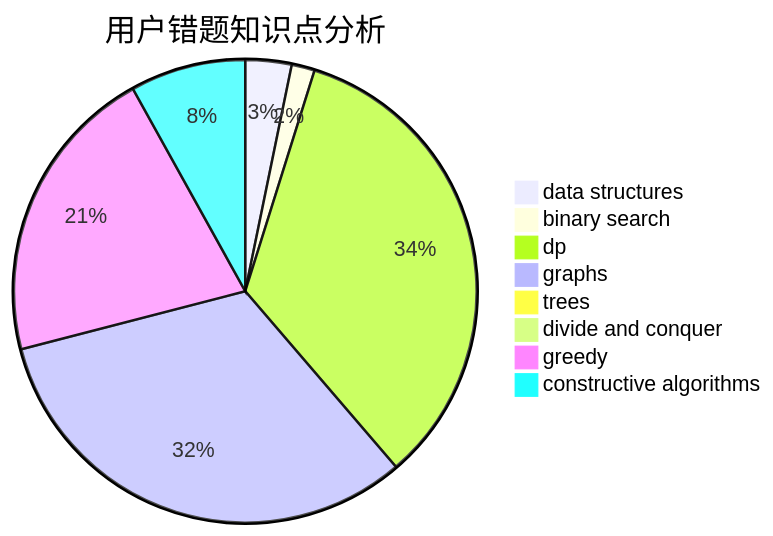
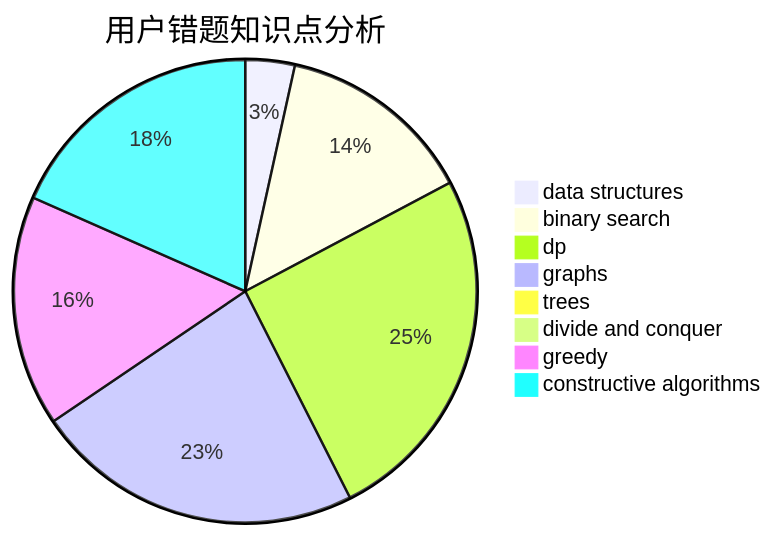
The third of 3 diagrams in docs/user/u2758.md (sherpahu/cfrs.github.io), drawn with Mermaid before and after one commit. The commit also changed other lines of this file and 2770 other files, not shown here.

````diff
--- a/docs/user/u2758.md
+++ b/docs/user/u2758.md
@@ -36,11 +36,11 @@
 ```mermaid
 pie title 用户错题知识点分析
-    "data structures" :  2
-    "binary search" :  1
-    "dp" :  21
+    "data structures" :  3
+    "binary search" :  12
+    "dp" :  22
     "graphs" :  20
     "trees" :  0
     "divide and conquer" :  0
-    "greedy" :  13
-    "constructive algorithms" :  5
+    "greedy" :  14
+    "constructive algorithms" :  16
 ```
````
